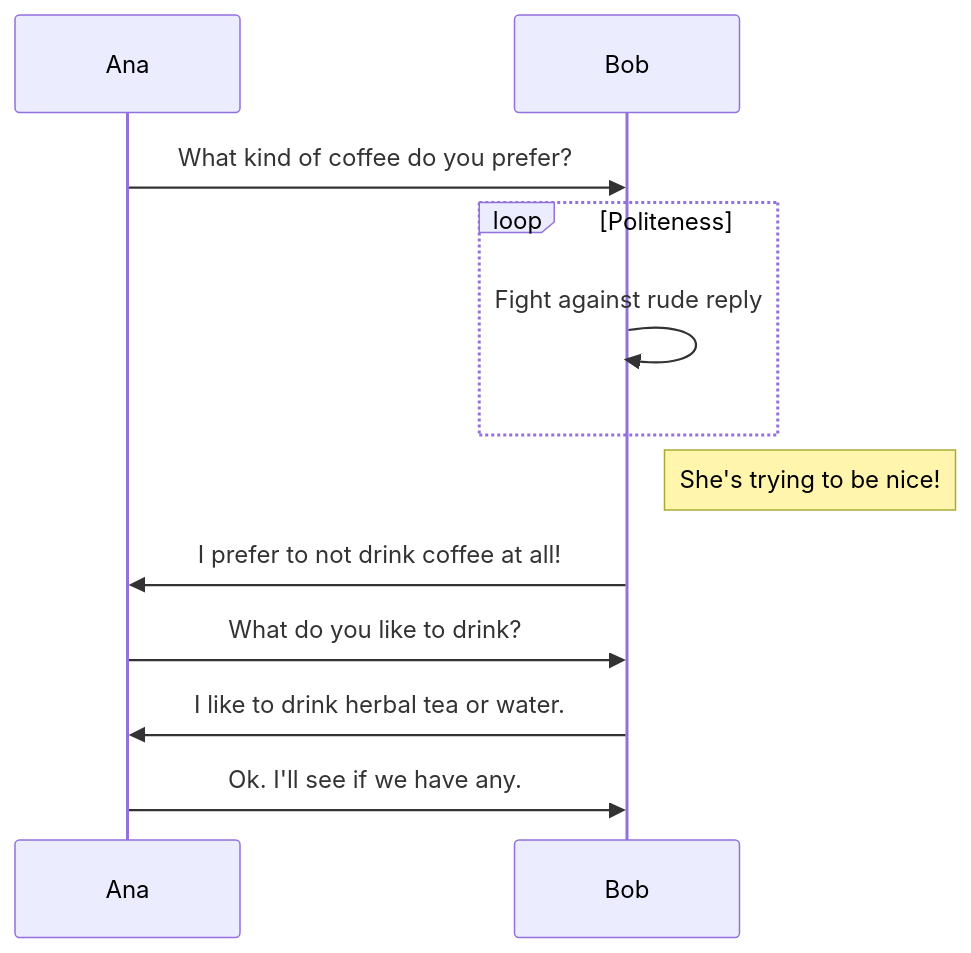
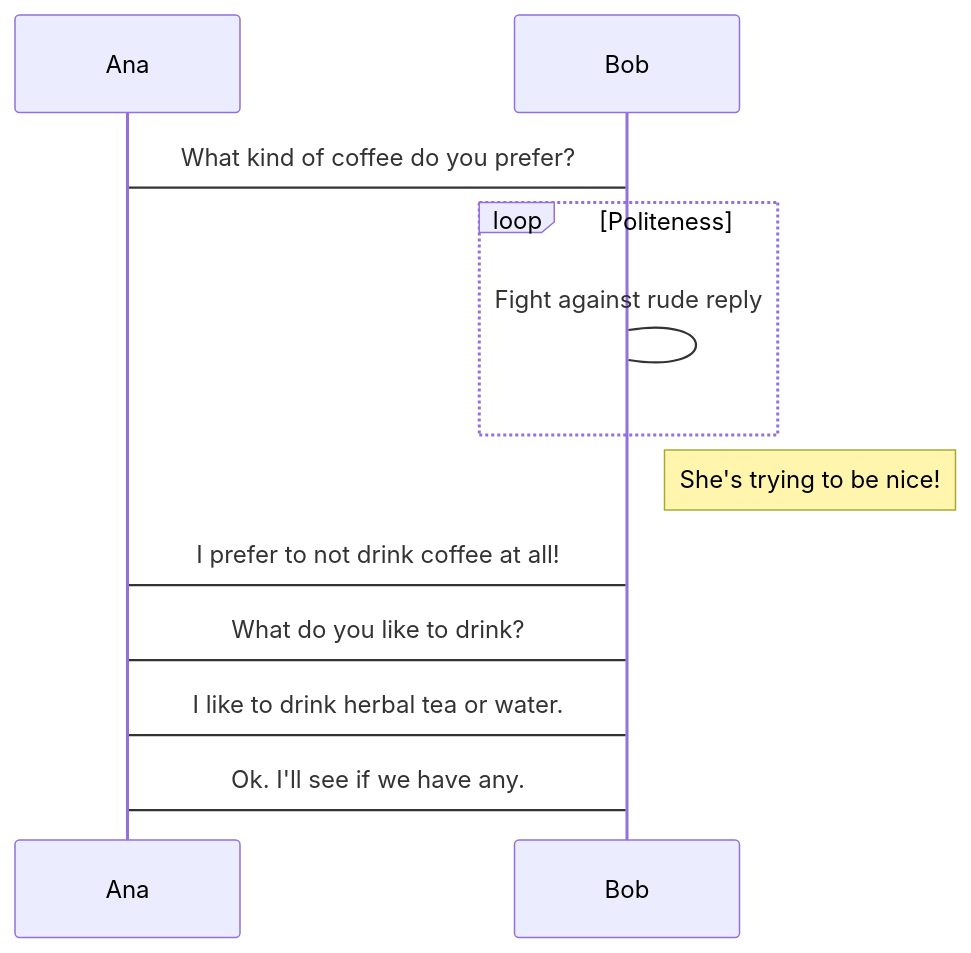
The diagram in mermaid_dialog_coffee.md (pleabargain/EnglishHelpsYourCareer), drawn with Mermaid before and after one commit. The commit also changed other lines of this file and 90 other files, not shown here.

````diff
--- a/mermaid_dialog_coffee.md
+++ b/mermaid_dialog_coffee.md
@@ -10,22 +13,21 @@
-``` mermaid
+```mermaid
 sequenceDiagram
 
-Ana->>Bob: What kind of coffee do you prefer?
+Ana->Bob: What kind of coffee do you prefer?
 
 loop Politeness
 
-Bob->>Bob: Fight against rude reply
+Bob->Bob: Fight against rude reply
 
 end
 
 Note right of Bob: She's trying to be nice!
 
-Bob->>Ana: I prefer to not drink coffee at all!
+Bob->Ana: I prefer to not drink coffee at all!
 
-Ana->>Bob:   What do you like to drink?
+Ana->Bob:   What do you like to drink?
 
-Bob->>Ana: I like to drink herbal tea or water.
+Bob->Ana: I like to drink herbal tea or water.
 
-Ana->>Bob: Ok. I'll see if we have any.
-
+Ana->Bob: Ok. I'll see if we have any.
 ```
````
